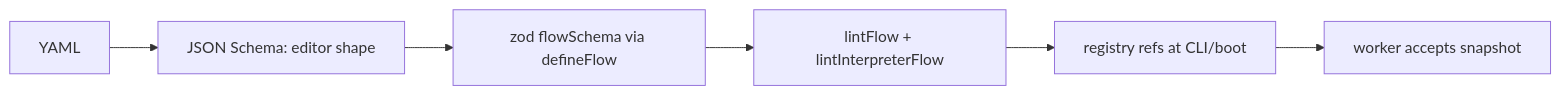
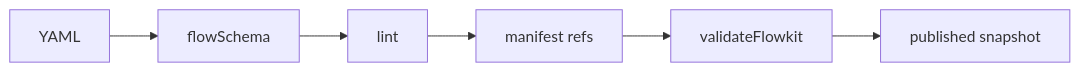
Before and after one commit to teopeurt/flowkit: the ninth of 10 diagrams in docs/definitions-deep-dive.md, drawn with Mermaid. The commit also changed other lines of this file and 1 other file, not shown here.

Commit message:
docs: correct YAML deep dive against source

````diff
--- a/docs/definitions-deep-dive.md
+++ b/docs/definitions-deep-dive.md
@@ -208,8 +222,8 @@
 ```mermaid
 flowchart LR
-  Y[YAML] --> J[JSON Schema: editor shape]
-  J --> Z[zod flowSchema via defineFlow]
-  Z --> L[lintFlow + lintInterpreterFlow]
-  L --> R[registry refs at CLI/boot]
-  R --> W[worker accepts snapshot]
+ Y[YAML] --> S[flowSchema]
+ S --> L[lint]
+ L --> M[manifest refs]
+ M --> V[validateFlowkit]
+ V --> P[published snapshot]
 ```
````
